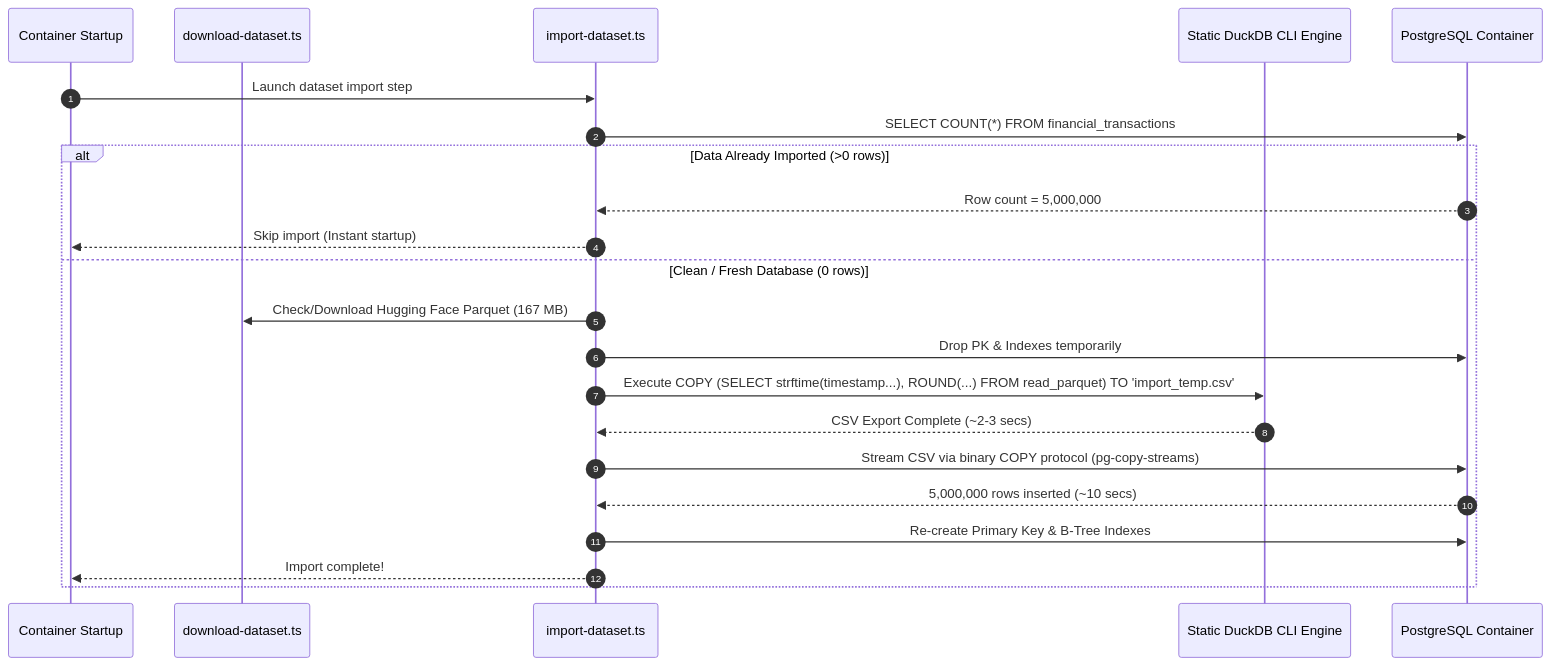
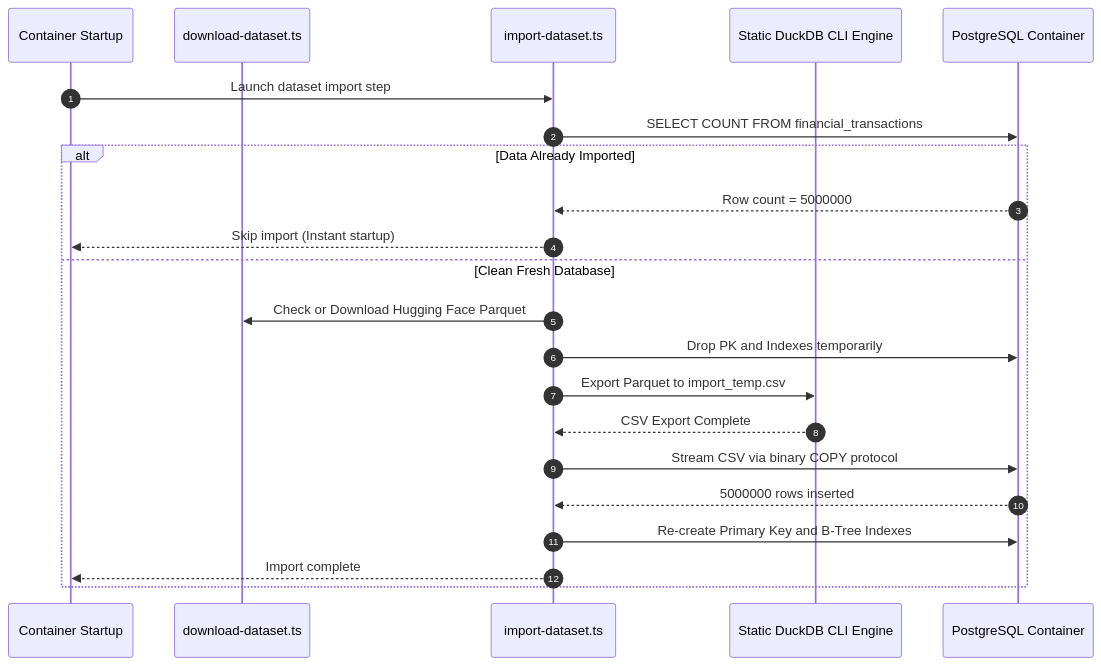
Before and after one commit to shadanit017/finance-assignment: the second of 2 diagrams in ARCHITECTURE.md, drawn with Mermaid. The commit also changed other lines of this file, not shown here.

Commit message:
fix: sanitize mermaid diagram labels in ARCHITECTURE.md for GitHub rendering compatibility

````diff
--- a/ARCHITECTURE.md
+++ b/ARCHITECTURE.md
@@ -81,25 +81,25 @@
 ```mermaid
 sequenceDiagram
     autonumber
     participant Docker as Container Startup
     participant Downloader as download-dataset.ts
     participant Importer as import-dataset.ts
     participant DuckDB as Static DuckDB CLI Engine
     participant Postgres as PostgreSQL Container
 
     Docker->>Importer: Launch dataset import step
-    Importer->>Postgres: SELECT COUNT(*) FROM financial_transactions
-    alt Data Already Imported (>0 rows)
-        Postgres-->>Importer: Row count = 5,000,000
+    Importer->>Postgres: SELECT COUNT FROM financial_transactions
+    alt Data Already Imported
+        Postgres-->>Importer: Row count = 5000000
         Importer-->>Docker: Skip import (Instant startup)
-    else Clean / Fresh Database (0 rows)
-        Importer->>Downloader: Check/Download Hugging Face Parquet (167 MB)
-        Importer->>Postgres: Drop PK & Indexes temporarily
-        Importer->>DuckDB: Execute COPY (SELECT strftime(timestamp...), ROUND(...) FROM read_parquet) TO 'import_temp.csv'
-        DuckDB-->>Importer: CSV Export Complete (~2-3 secs)
-        Importer->>Postgres: Stream CSV via binary COPY protocol (pg-copy-streams)
-        Postgres-->>Importer: 5,000,000 rows inserted (~10 secs)
-        Importer->>Postgres: Re-create Primary Key & B-Tree Indexes
-        Importer-->>Docker: Import complete!
+    else Clean Fresh Database
+        Importer->>Downloader: Check or Download Hugging Face Parquet
+        Importer->>Postgres: Drop PK and Indexes temporarily
+        Importer->>DuckDB: Export Parquet to import_temp.csv
+        DuckDB-->>Importer: CSV Export Complete
+        Importer->>Postgres: Stream CSV via binary COPY protocol
+        Postgres-->>Importer: 5000000 rows inserted
+        Importer->>Postgres: Re-create Primary Key and B-Tree Indexes
+        Importer-->>Docker: Import complete
     end
 ```
````
